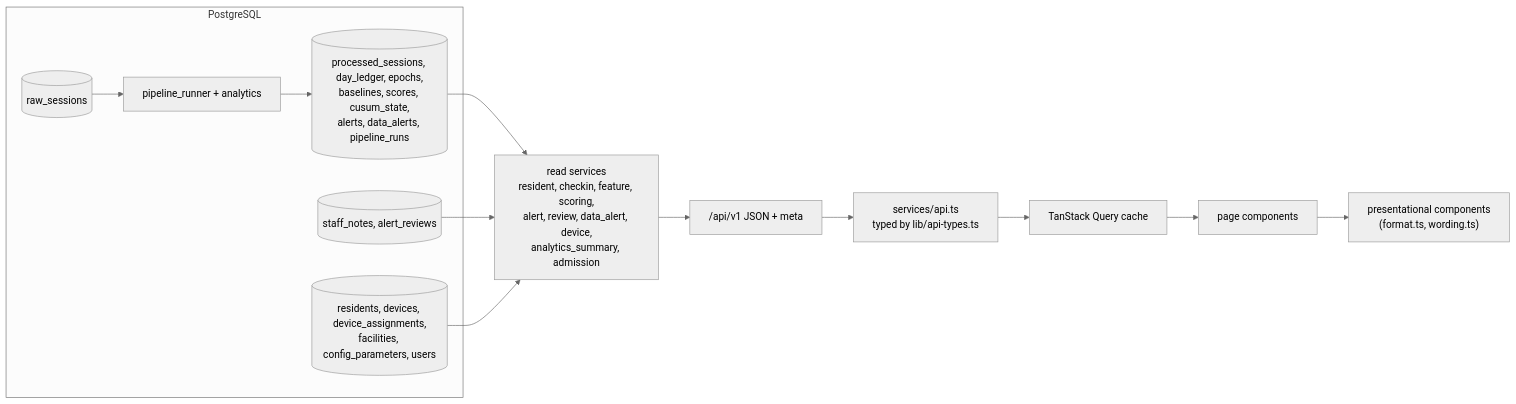
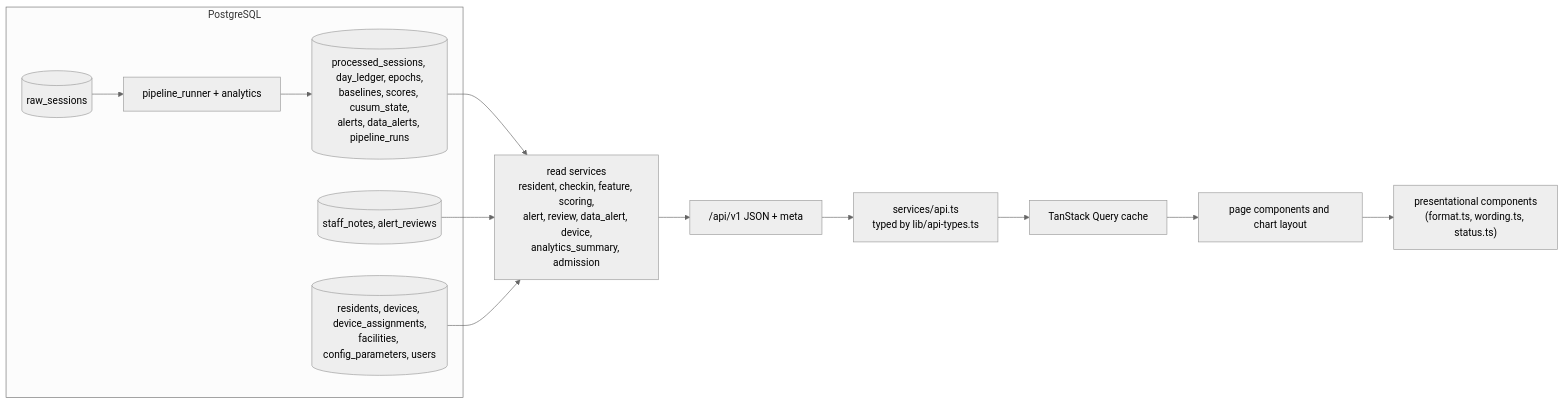
Before and after one commit to EchoWellApp/echowell: the fourth of 6 diagrams in docs/design/UI_Architecture.md, drawn with Mermaid (neutral theme). The commit also changed other lines of this file and 8 other files, not shown here.

````diff
--- a/docs/design/UI_Architecture.md
+++ b/docs/design/UI_Architecture.md
@@ -169,17 +161,17 @@
 ```mermaid
 flowchart LR
   subgraph DB["PostgreSQL"]
     RAW[("raw_sessions")] --> PIPE["pipeline_runner + analytics"]
     PIPE --> DER[("processed_sessions, day_ledger, epochs,<br/>baselines, scores, cusum_state,<br/>alerts, data_alerts, pipeline_runs")]
     HUM[("staff_notes, alert_reviews")]
     REF[("residents, devices, device_assignments,<br/>facilities, config_parameters, users")]
   end
   DER --> SVC["read services<br/>resident, checkin, feature, scoring,<br/>alert, review, data_alert, device,<br/>analytics_summary, admission"]
   HUM --> SVC
   REF --> SVC
   SVC --> API["/api/v1 JSON + meta"]
   API --> CL["services/api.ts<br/>typed by lib/api-types.ts"]
   CL --> RQ["TanStack Query cache"]
-  RQ --> PG["page components"]
-  PG --> CMP["presentational components<br/>(format.ts, wording.ts)"]
+  RQ --> PG["page components and chart layout"]
+  PG --> CMP["presentational components<br/>(format.ts, wording.ts, status.ts)"]
 ```
````
